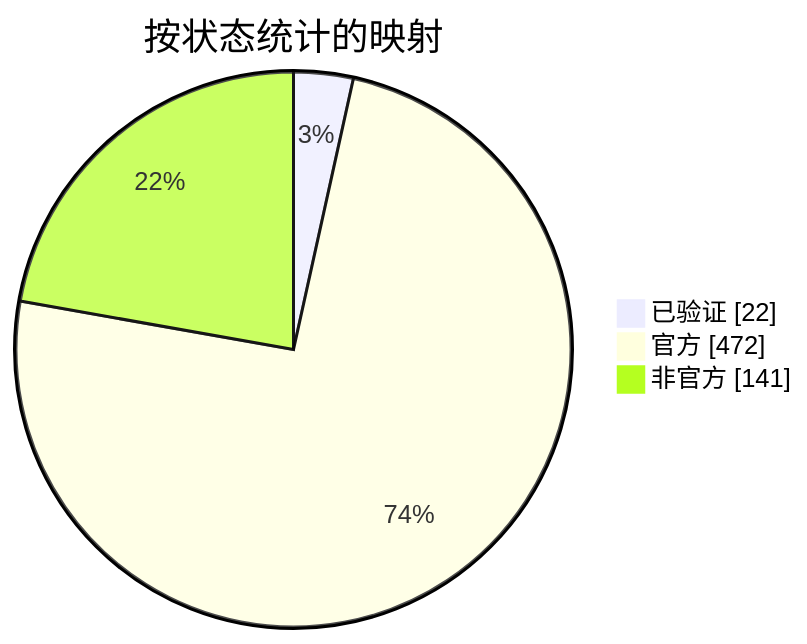
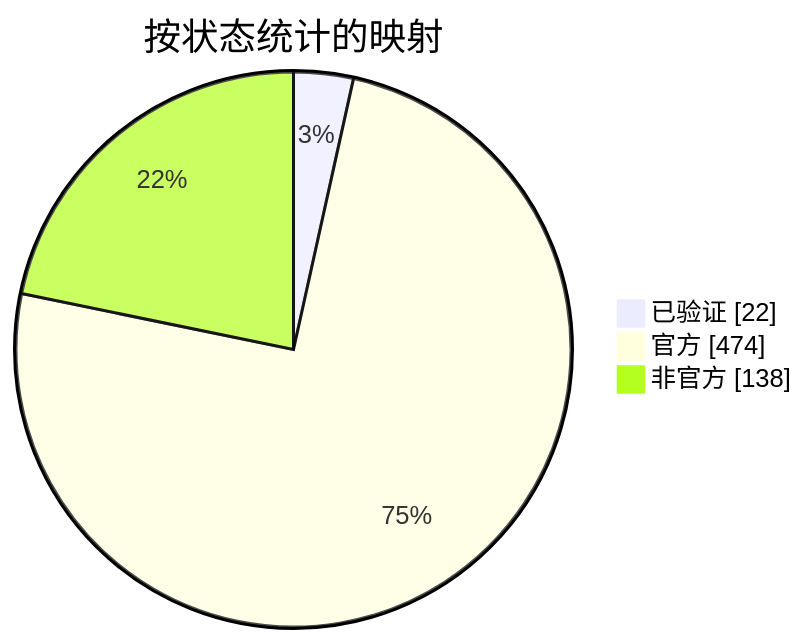
One commit to nobrega8/mbmap-library changed the diagram in docs/readme/README_ZHS.md. Above: the diagram before and after it, drawn with Mermaid. The commit also changed 8 other files, not shown here.

````diff
--- a/docs/readme/README_ZHS.md
+++ b/docs/readme/README_ZHS.md
@@ -54,7 +54,7 @@
 ```mermaid
 pie showData
     title 按状态统计的映射
     "已验证" : 22
-    "官方" : 472
-    "非官方" : 141
+    "官方" : 474
+    "非官方" : 138
 ```
````
